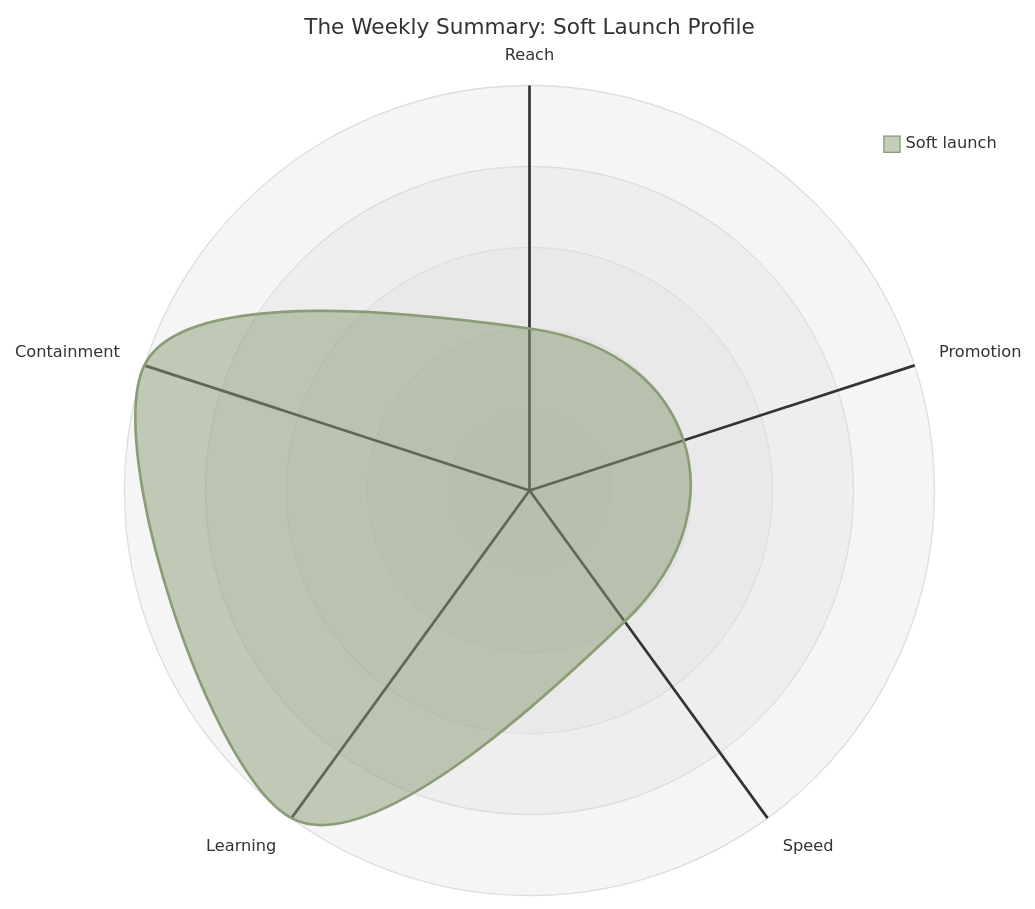
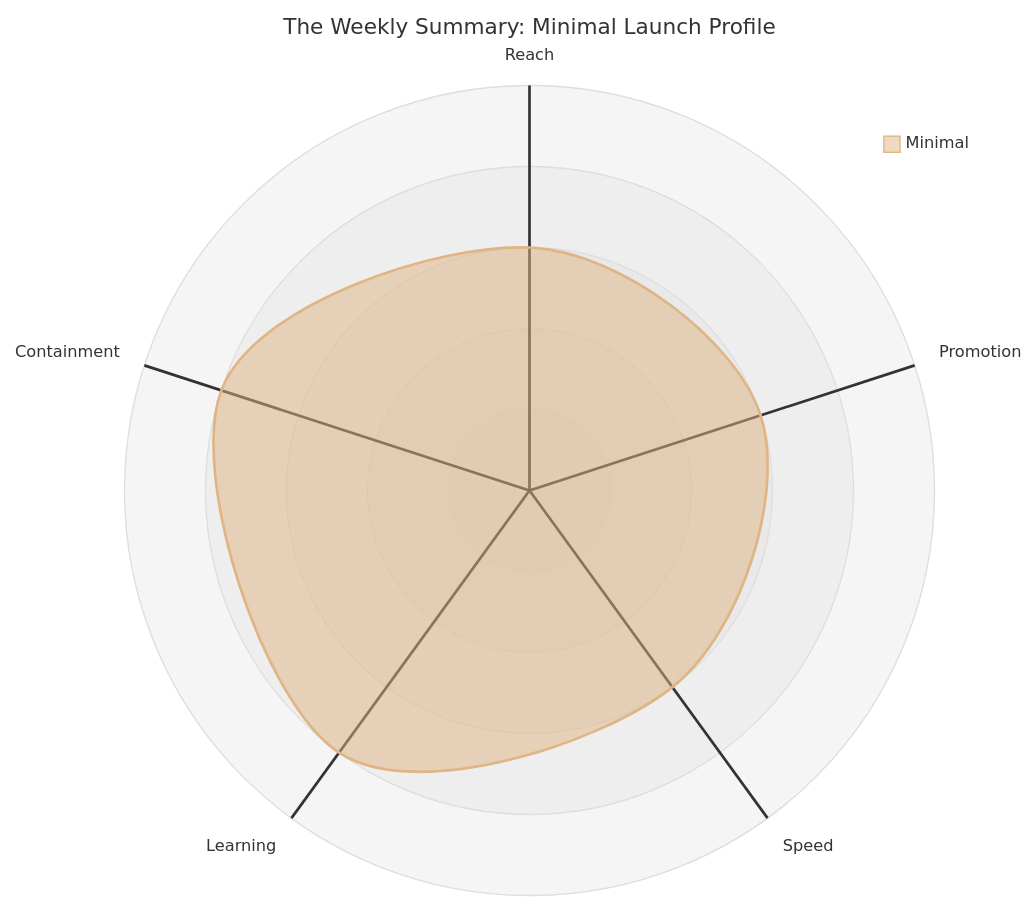
The diagram in artifacts/examples/chapter7-lab-complete-example.md (gorvis/book-pm-management), drawn with Mermaid before and after one commit. The commit also changed other lines of this file and 2 other files, not shown here.

Commit message:
Fix launch type labels

````diff
--- a/artifacts/examples/chapter7-lab-complete-example.md
+++ b/artifacts/examples/chapter7-lab-complete-example.md
@@ -13,14 +13,14 @@
 ```mermaid
 ---
 config:
   themeVariables:
-    cScale0: "#8B9D77"
+    cScale0: "#E0B584"
 ---
 radar-beta
-    title The Weekly Summary: Soft Launch Profile
+    title The Weekly Summary: Minimal Launch Profile
     axis reach["Reach"], promo["Promotion"], speed["Speed"]
     axis learn["Learning"], safety["Containment"]
-    curve soft["Soft launch"]{2, 2, 2, 5, 5}
+    curve minimal["Minimal"]{3, 3, 3, 4, 4}
     max 5
     showLegend true
 ```
````
